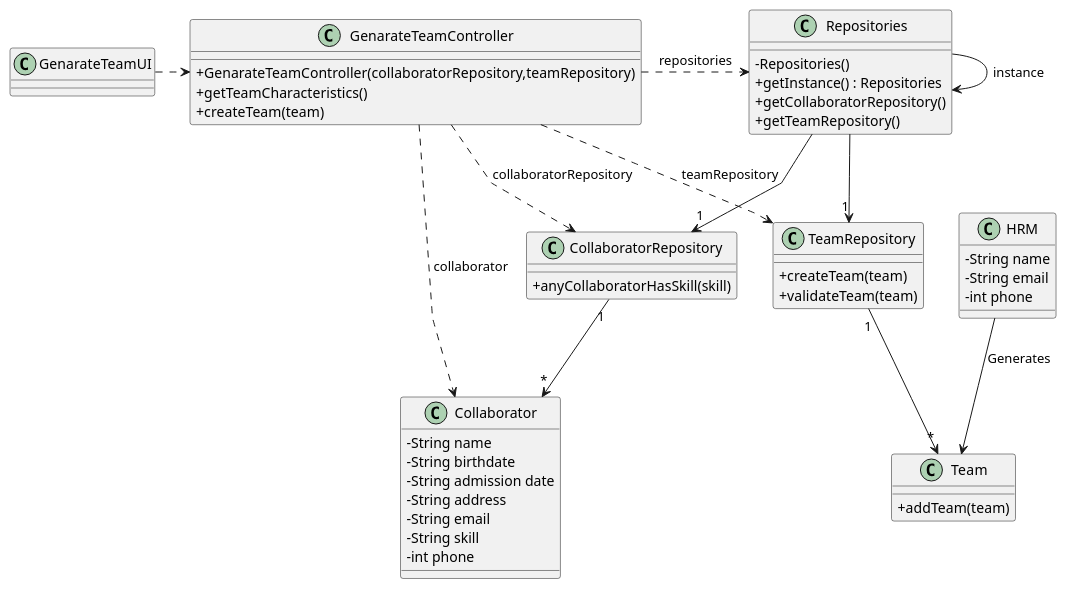
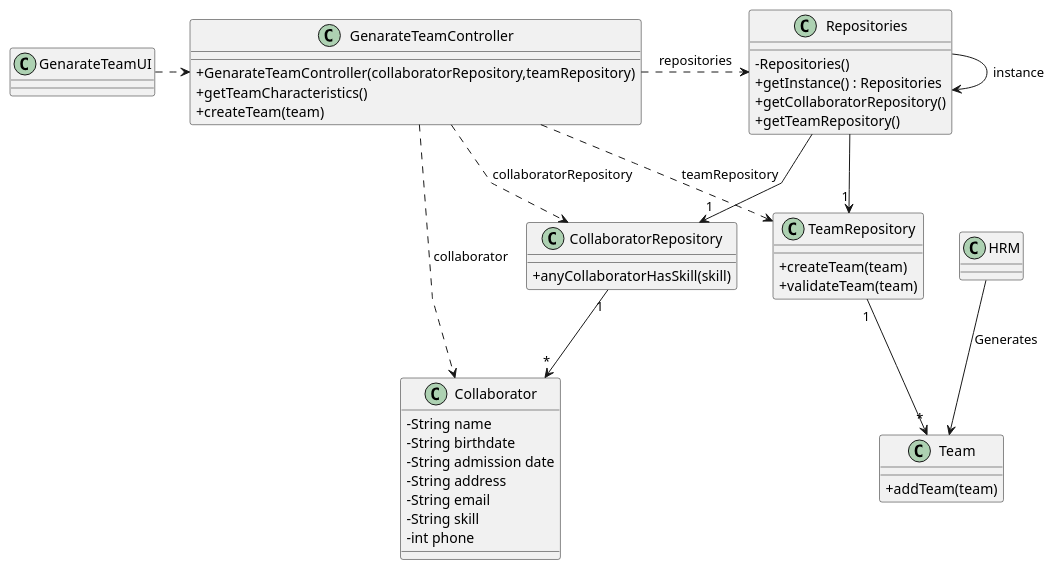
The diagram in docs/sprintB/us005/03.design/puml/us005-class-diagram.puml (Departamento-de-Engenharia-Informatica/lei-24-s2-1dkl-g134), drawn with PlantUML before and after one commit. The commit also changed 4 other files, not shown here.

Commit message:
Some updates on Class diagram of US003 and US006

```diff
--- a/docs/sprintB/us005/03.design/puml/us005-class-diagram.puml
+++ b/docs/sprintB/us005/03.design/puml/us005-class-diagram.puml
@@ -1,79 +1,75 @@
 @startuml
 'skinparam monochrome true
 skinparam packageStyle rectangle
 skinparam shadowing false
 skinparam linetype polyline
 'skinparam linetype orto
 
 skinparam classAttributeIconSize 0
 
 'left to right direction
 class GenarateTeamUI {
 }
 
 class GenarateTeamController {
 +GenarateTeamController(collaboratorRepository,teamRepository)
 +getTeamCharacteristics()
 +createTeam(team)
 }
 
 
 class Repositories {
     - Repositories()
     + getInstance() : Repositories
     + getCollaboratorRepository()
     + getTeamRepository()
 }
 
 class CollaboratorRepository {
     + anyCollaboratorHasSkill(skill)
 }
 
 class TeamRepository {
     + createTeam(team)
     + validateTeam(team)
 }
 
 class Collaborator {
     - String name
     - String birthdate
     - String admission date
     - String address
     - String email
     - String skill
     - int phone
 
 }
 
 class Team{
 +addTeam(team)
 
 }
 
-class HRM{
-   - String name
-   - String email
-   - int phone
-}
+
 
 
 
 
 
 
 
 
 
 
 Repositories -> Repositories : instance
 GenarateTeamUI .> GenarateTeamController
 GenarateTeamController .> Repositories : repositories
 Repositories -> "1" CollaboratorRepository
 GenarateTeamController ..> Collaborator: collaborator
 GenarateTeamController ..> TeamRepository : teamRepository
 GenarateTeamController ..> CollaboratorRepository : collaboratorRepository
 Repositories --> "1" TeamRepository
 CollaboratorRepository "1" --> "*" Collaborator
 TeamRepository "1" --> "*" Team
 HRM --> Team : Generates
 @enduml
```
